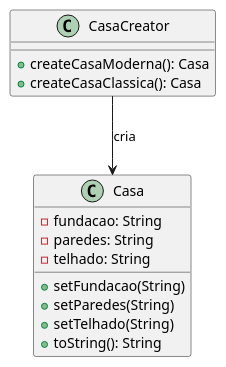
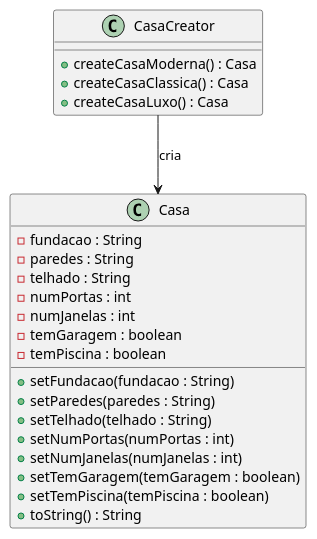
One commit to 20242-ifba-saj-ads-ppr/seminario-ppr-criacional-builder changed the third of 4 diagrams in README.md. Above: the diagram before and after it, drawn with PlantUML. The commit also changed other lines of this file and 11 other files, not shown here.

```diff
--- a/README.md
+++ b/README.md
@@ -107,18 +188,27 @@
 @startuml
 class Casa {
-  - fundacao: String
-  - paredes: String
-  - telhado: String
-  + setFundacao(String)
-  + setParedes(String)
-  + setTelhado(String)
-  + toString(): String
+  - fundacao : String
+  - paredes : String
+  - telhado : String
+  - numPortas : int
+  - numJanelas : int
+  - temGaragem : boolean
+  - temPiscina : boolean
+  + setFundacao(fundacao : String)
+  + setParedes(paredes : String)
+  + setTelhado(telhado : String)
+  + setNumPortas(numPortas : int)
+  + setNumJanelas(numJanelas : int)
+  + setTemGaragem(temGaragem : boolean)
+  + setTemPiscina(temPiscina : boolean)
+  + toString() : String
 }
 
 class CasaCreator {
-  + createCasaModerna(): Casa
-  + createCasaClassica(): Casa
+  + createCasaModerna() : Casa
+  + createCasaClassica() : Casa
+  + createCasaLuxo() : Casa
 }
 
 CasaCreator --> Casa : cria
 @enduml
```
